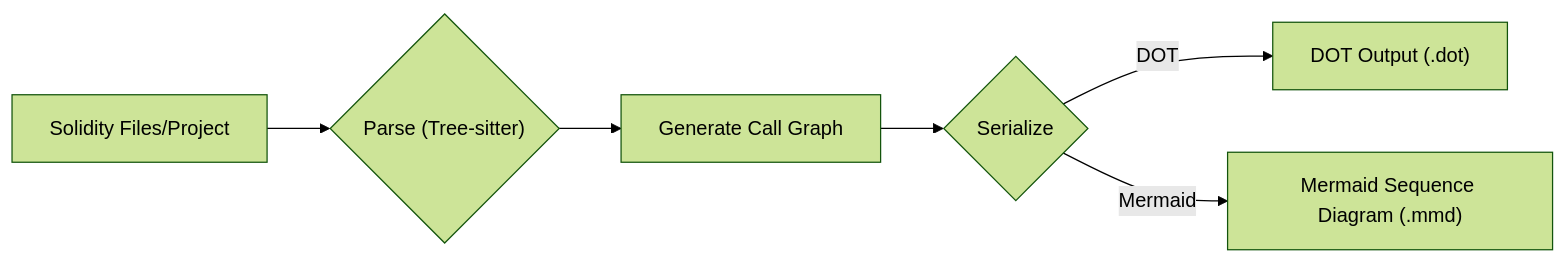
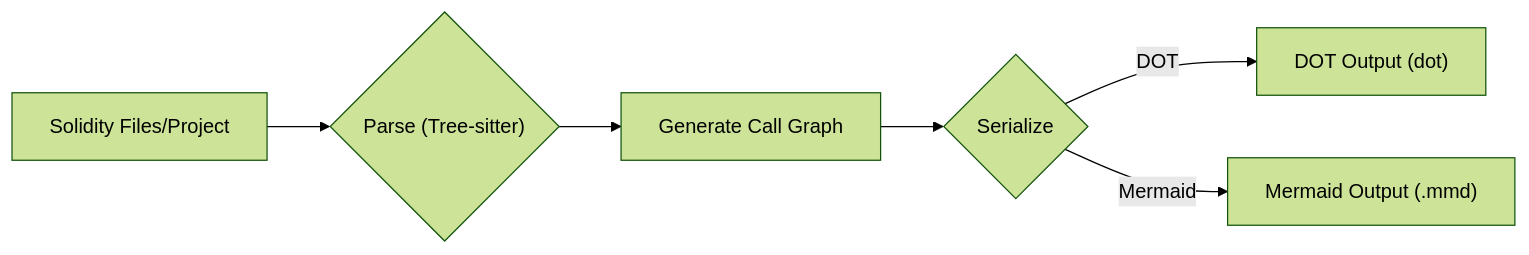
One commit to calltrace/traverse changed the diagram in README.md. Above: the diagram before and after it, drawn with Mermaid (forest theme). The commit also changed 4 other files, not shown here.

````diff
--- a/README.md
+++ b/README.md
@@ -41,8 +41,8 @@
 ```mermaid
 graph LR
-    A[Solidity Files/Project] --> B{Parse &#40Tree-sitter&#41};
+    A[Solidity Files/Project] --> B{"Parse (Tree-sitter)"};
     B --> C[Generate Call Graph];
     C --> D{Serialize};
-    D -- DOT --> E[DOT Output &#40.dot&#41];
-    D -- Mermaid --> F[Mermaid Sequence Diagram &#40.mmd&#41];
+    D -- DOT --> E["DOT Output (dot)"];
+    D -- Mermaid --> F["Mermaid Output (.mmd)"];
 ```
````
